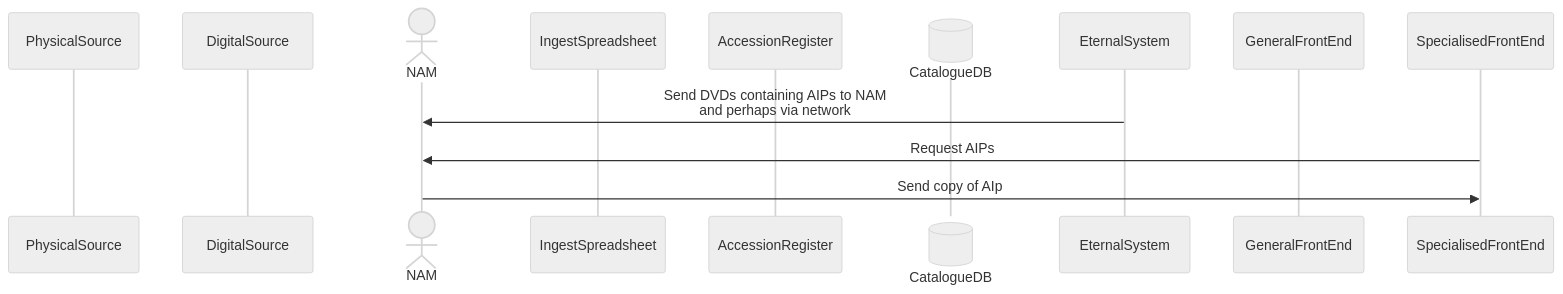
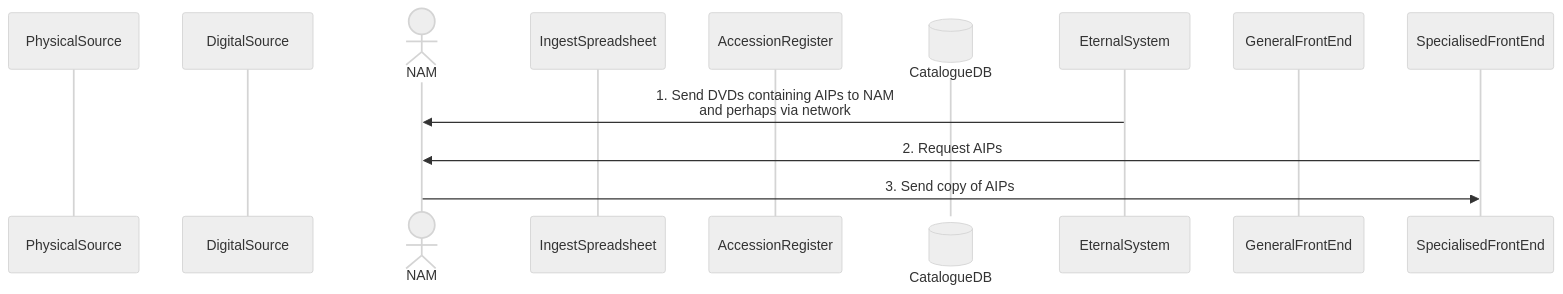
Before and after one commit to dgiaretta/NAM: the seventh of 7 diagrams in README.md, drawn with Mermaid (neutral theme). The commit also changed other lines of this file, not shown here.

First line of the commit message:
Refine README content and sequence diagrams

````diff
--- a/README.md
+++ b/README.md
@@ -201,15 +201,15 @@
 ```mermaid
 sequenceDiagram
 participant PhysicalSource
 participant DigitalSource
 actor NAM
 participant IngestSpreadsheet
 participant AccessionRegister
 participant CatalogueDB@{ "type": "database" }
 participant EternalSystem
 participant GeneralFrontEnd
 participant SpecialisedFrontEnd
-EternalSystem->>NAM: Send DVDs containing AIPs to NAM<br/>and perhaps via network
-SpecialisedFrontEnd->>NAM: Request AIPs
-NAM->>SpecialisedFrontEnd: Send copy of AIp
+EternalSystem->>NAM: 1. Send DVDs containing AIPs to NAM<br/>and perhaps via network
+SpecialisedFrontEnd->>NAM: 2. Request AIPs
+NAM->>SpecialisedFrontEnd: 3. Send copy of AIPs
 ```
````
